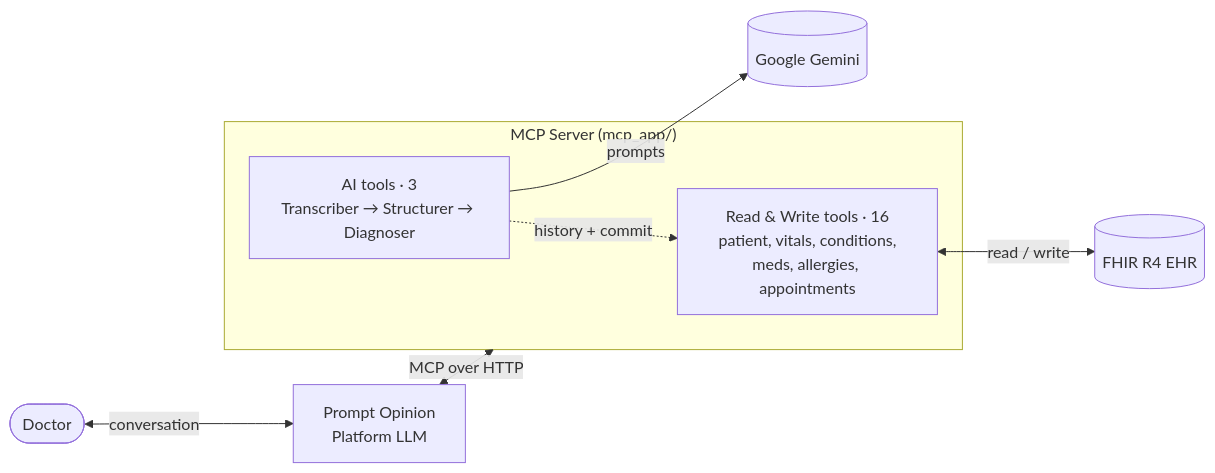
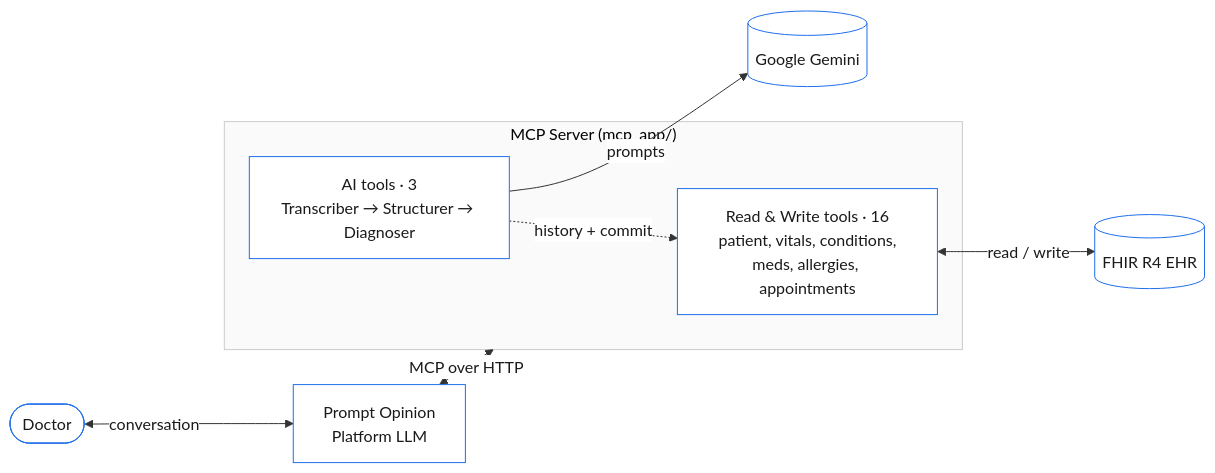
One commit to aniketd2909/promptopinion changed the diagram in README.md. Above: the diagram before and after it, drawn with Mermaid. The commit also changed 1 other file, not shown here.

Commit message:
updated the architecture diagram

````diff
--- a/README.md
+++ b/README.md
@@ -12,19 +12,20 @@
 ```mermaid
+%%{init: {'theme':'base','themeVariables':{'background':'#ffffff','primaryColor':'#ffffff','primaryTextColor':'#1a1a1a','primaryBorderColor':'#1f6feb','lineColor':'#333333','secondaryColor':'#f6f8fa','tertiaryColor':'#ffffff','clusterBkg':'#fafafa','clusterBorder':'#cccccc','edgeLabelBackground':'#ffffff'}}}%%
 flowchart LR
     Doctor([Doctor])
     LLM[Prompt Opinion<br/>Platform LLM]
 
     subgraph Server["MCP Server (mcp_app/)"]
         Chart["Read &amp; Write tools · 16<br/>patient, vitals, conditions,<br/>meds, allergies, appointments"]
         AI["AI tools · 3<br/>Transcriber → Structurer → Diagnoser"]
     end
 
     Gemini[(Google Gemini)]
     FHIR[(FHIR R4 EHR)]
 
     Doctor <-->|conversation| LLM
     LLM <-->|MCP over HTTP| Server
     AI -->|prompts| Gemini
     Chart <-->|read / write| FHIR
     AI -.history + commit.-> Chart
 ```
````
